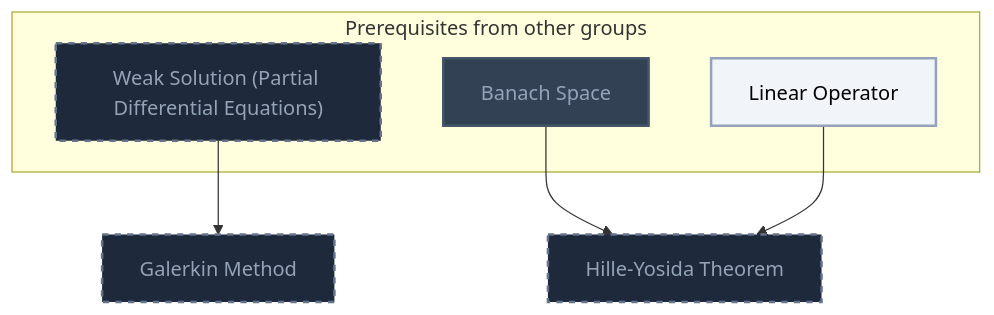
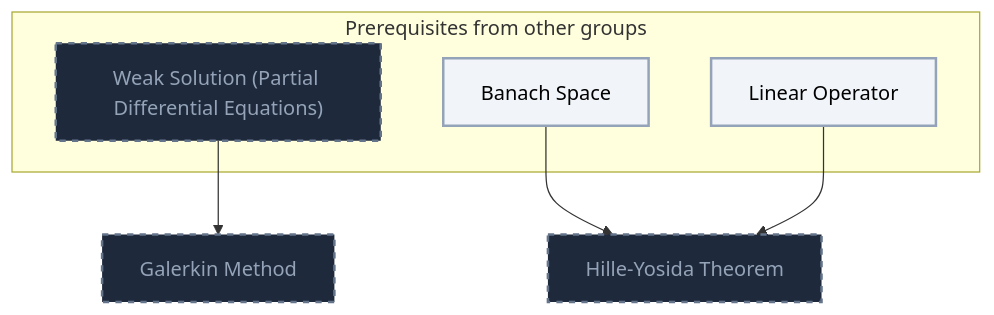
Before and after one commit to MRauf1/My-Notes: diagram 20 of 25 in Gamification/Skill Trees/Partial Differential Equations.md, drawn with Mermaid. The commit also changed other lines of this file and 145 other files, not shown here.

````diff
--- a/Gamification/Skill Trees/Partial Differential Equations.md
+++ b/Gamification/Skill Trees/Partial Differential Equations.md
@@ -1042,26 +1063,25 @@
 ```mermaid
 flowchart TD
     classDef planned fill:#1E293B,stroke:#64748B,stroke-width:2px,stroke-dasharray:5 5,color:#94A3B8;
     classDef locked fill:#334155,stroke:#475569,stroke-width:2px,color:#94A3B8;
     classDef L0 fill:#F1F5F9,stroke:#94A3B8,stroke-width:2px,color:#000000;
     classDef L1 fill:#22C55E,stroke:#15803D,stroke-width:2px,color:#000000;
     classDef L2 fill:#3B82F6,stroke:#1D4ED8,stroke-width:3px,color:#FFFFFF;
     classDef L3 fill:#A855F7,stroke:#6B21A8,stroke-width:3px,color:#FFFFFF,font-weight:bold;
     classDef L4 fill:#F97316,stroke:#C2410C,stroke-width:4px,color:#000000,font-weight:bold;
     classDef L5 fill:#FFD700,stroke:#FF8C00,stroke-width:5px,color:#000000,font-weight:bold;
     classDef rusty stroke:#8B4513,stroke-width:4px,stroke-dasharray:3 3;
     subgraph sg_prereqs["Prerequisites from other groups"]
         n_weak_solution_partial_differential_equations["Weak Solution (Partial Differential Equations)"]
         n_banach_space["Banach Space"]
         n_linear_operator["Linear Operator"]
     end
     n_galerkin_method["Galerkin Method"]
     n_hille_yosida_theorem["Hille-Yosida Theorem"]
     n_weak_solution_partial_differential_equations --> n_galerkin_method
     n_banach_space --> n_hille_yosida_theorem
     n_linear_operator --> n_hille_yosida_theorem
     class n_weak_solution_partial_differential_equations,n_galerkin_method,n_hille_yosida_theorem planned;
-    class n_banach_space locked;
-    class n_linear_operator L0;
+    class n_banach_space,n_linear_operator L0;
     class n_banach_space,n_linear_operator internal-link;
 ```
````
